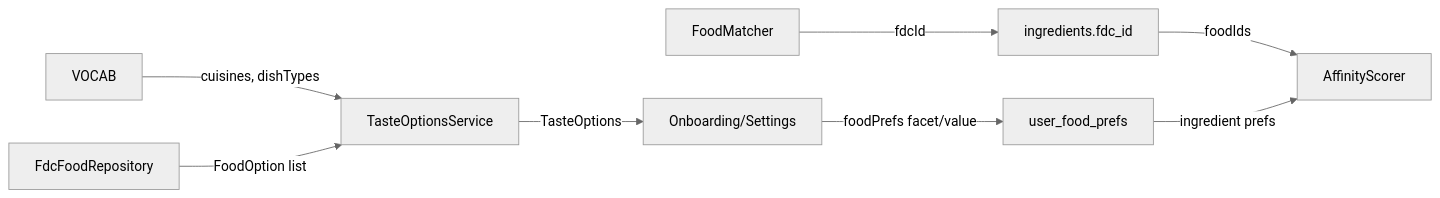
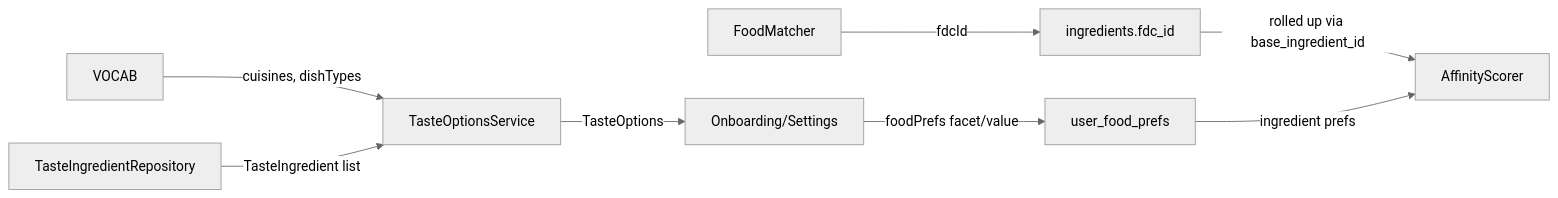
One commit to jordangaston/harvest changed the sixth of 6 diagrams in docs/ranking/taste-classification-affinity.md. Above: the diagram before and after it, drawn with Mermaid (neutral theme). The commit also changed other lines of this file, not shown here.

First line of the commit message:
docs(ranking): settle taste model — uuidPk taste_ingredients, base_ingredient_id affinity, seed:taste

````diff
--- a/docs/ranking/taste-classification-affinity.md
+++ b/docs/ranking/taste-classification-affinity.md
@@ -278,10 +282,10 @@
 ```mermaid
 flowchart LR
     Vocab[VOCAB] -->|cuisines, dishTypes| TOS[TasteOptionsService]
-    Repo[FdcFoodRepository] -->|FoodOption list| TOS
+    Repo[TasteIngredientRepository] -->|TasteIngredient list| TOS
     TOS -->|TasteOptions| Client[Onboarding/Settings]
     Client -->|foodPrefs facet/value| Prefs[user_food_prefs]
     Match[FoodMatcher] -->|fdcId| Ing[ingredients.fdc_id]
-    Ing -->|foodIds| Aff[AffinityScorer]
+    Ing -->|rolled up via base_ingredient_id| Aff[AffinityScorer]
     Prefs -->|ingredient prefs| Aff
 ```
````
